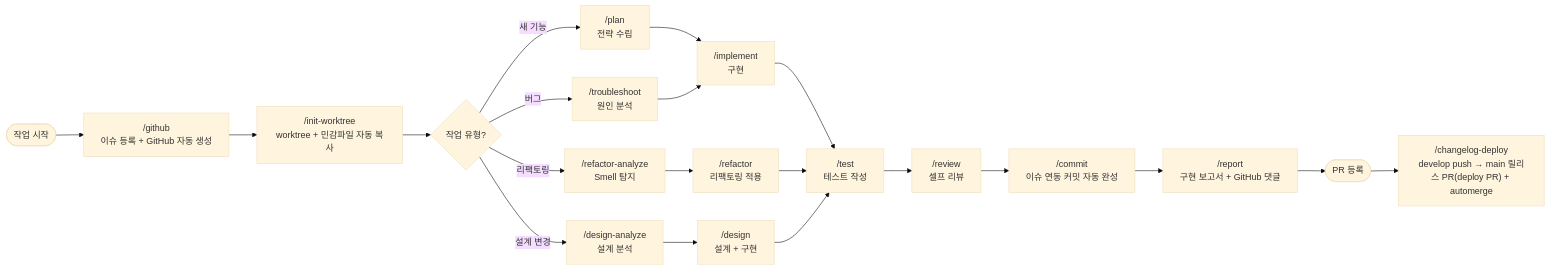
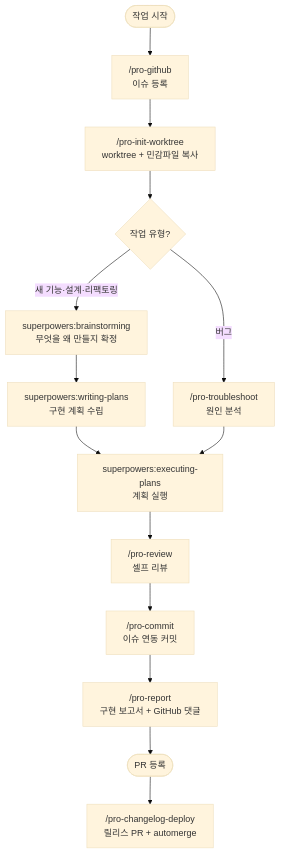
One commit to Cassiiopeia/projectops changed the diagram in docs/SKILLS.md. Above: the diagram before and after it, drawn with Mermaid (base theme). The commit also changed other lines of this file and 21 other files, not shown here.

Commit message:
superpowers와 역할이 겹치는 레거시 스킬 정리 : refactor : 산출물 실적이 없는 design·design-analyze·refactor·refactor-analyze·test·ppt·document 7종 삭제, plan·analyze·implement 3종은 자동 트리거를 차단하고 명시 호출 경로만 유지, 라우팅표·흐름도·문서 참조를 superpowers 기준으로 정합화 https://github.com/Cassiiopeia/projectops/issues/535

````diff
--- a/docs/SKILLS.md
+++ b/docs/SKILLS.md
@@ -500,26 +399,19 @@
 ```mermaid
-flowchart LR
-    A([작업 시작]) --> B["/github\n이슈 등록 + GitHub 자동 생성"]
-    B --> C["/init-worktree\nworktree + 민감파일 자동 복사"]
-    C --> D{작업 유형?}
+flowchart TD
+    A(["작업 시작"]) --> B["/pro-github<br/>이슈 등록"]
+    B --> C["/pro-init-worktree<br/>worktree + 민감파일 복사"]
+    C --> D{"작업 유형?"}
 
-    D -->|새 기능| E1["/plan\n전략 수립"]
-    D -->|버그| E2["/troubleshoot\n원인 분석"]
-    D -->|리팩토링| E3["/refactor-analyze\nSmell 탐지"]
-    D -->|설계 변경| E4["/design-analyze\n설계 분석"]
+    D -->|새 기능·설계·리팩토링| E1["superpowers:brainstorming<br/>무엇을 왜 만들지 확정"]
+    D -->|버그| E2["/pro-troubleshoot<br/>원인 분석"]
 
-    E1 --> F1["/implement\n구현"]
-    E2 --> F1
-    E3 --> F2["/refactor\n리팩토링 적용"]
-    E4 --> F3["/design\n설계 + 구현"]
+    E1 --> F1["superpowers:writing-plans<br/>구현 계획 수립"]
+    F1 --> G1["superpowers:executing-plans<br/>계획 실행"]
+    E2 --> G1
 
-    F1 --> G["/test\n테스트 작성"]
-    F2 --> G
-    F3 --> G
-
-    G --> H["/review\n셀프 리뷰"]
-    H --> I["/commit\n이슈 연동 커밋 자동 완성"]
-    I --> J["/report\n구현 보고서 + GitHub 댓글"]
-    J --> K([PR 등록])
-    K --> L["/changelog-deploy\ndevelop push → main 릴리스 PR(deploy PR) + automerge"]
+    G1 --> H["/pro-review<br/>셀프 리뷰"]
+    H --> I["/pro-commit<br/>이슈 연동 커밋"]
+    I --> J["/pro-report<br/>구현 보고서 + GitHub 댓글"]
+    J --> K(["PR 등록"])
+    K --> L["/pro-changelog-deploy<br/>릴리스 PR + automerge"]
 ```
````
